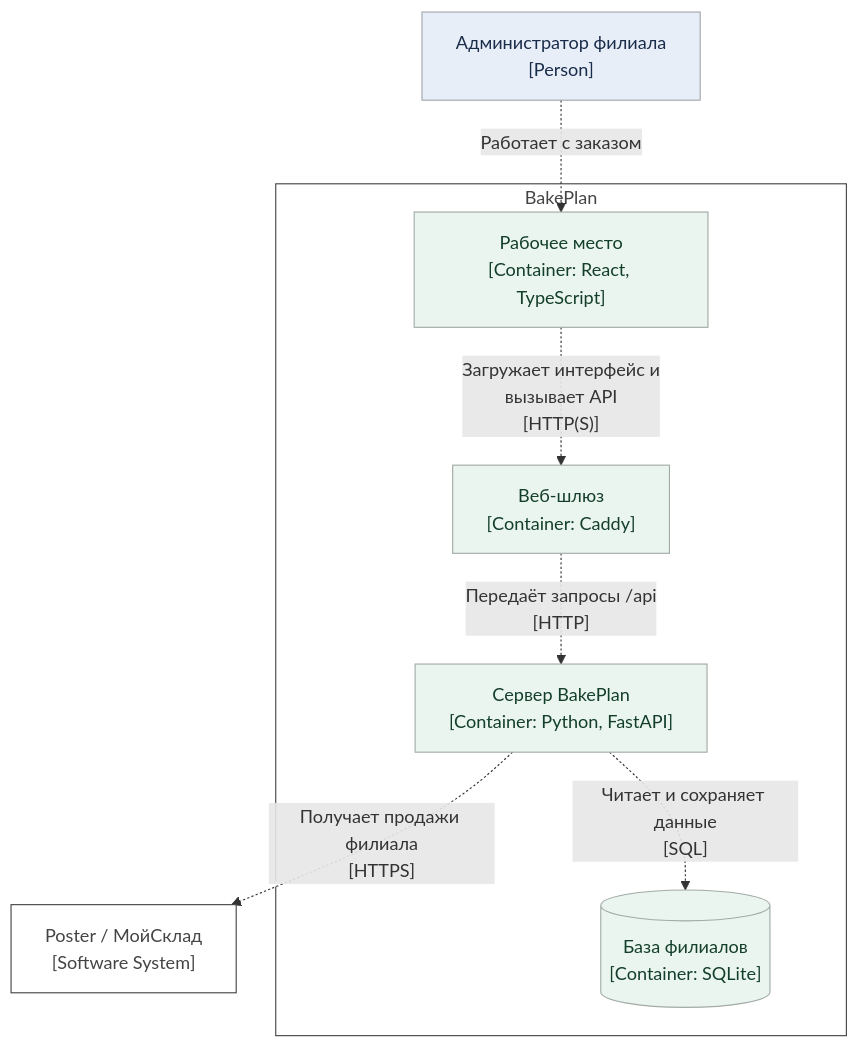
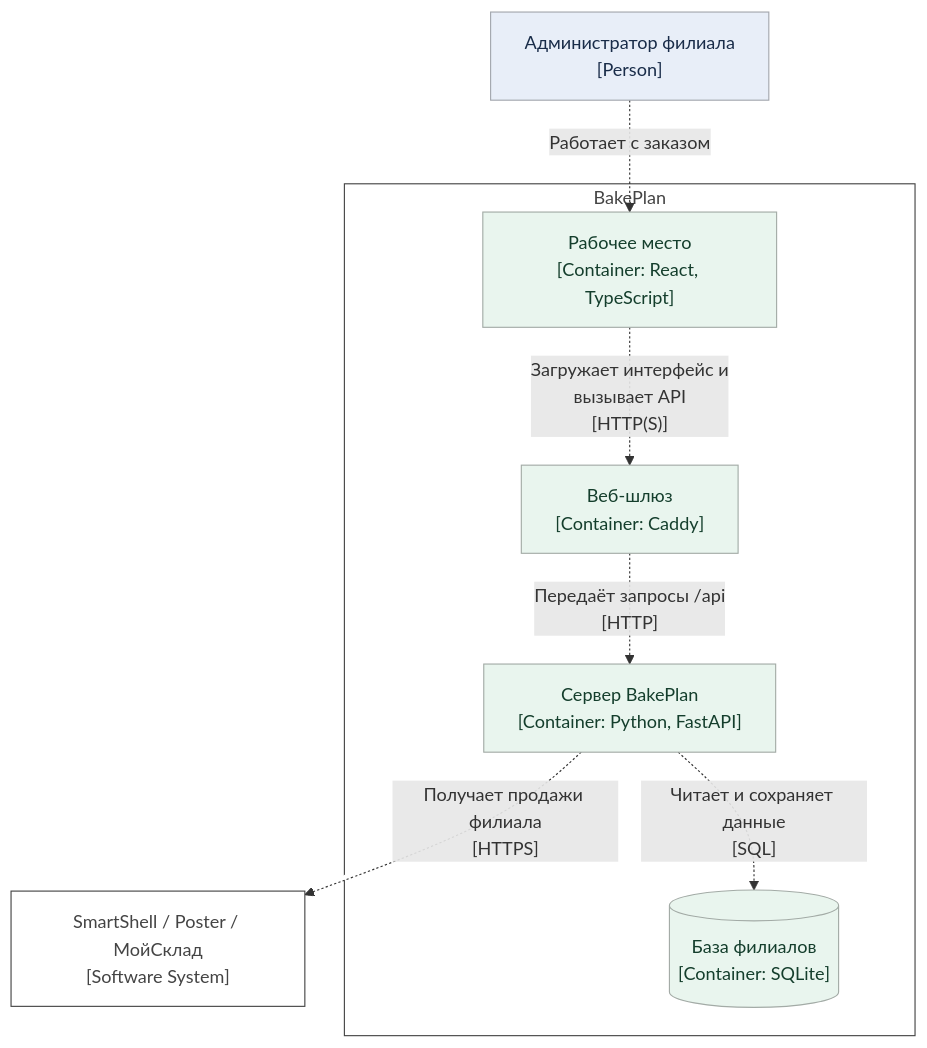
The second of 2 diagrams in docs/architecture/diagrams.md (Nurlan-byte/byte), drawn with Mermaid before and after one commit. The commit also changed other lines of this file and 14 other files, not shown here.

Commit message:
Connect SmartShell club sales to encrypted daily forecasts

````diff
--- a/docs/architecture/diagrams.md
+++ b/docs/architecture/diagrams.md
@@ -36,29 +36,29 @@
 ```mermaid
 graph TB
   linkStyle default fill:#ffffff
 
 
     1["Администратор филиала<br/>[Person]"]
     style 1 fill:#e8eef8,stroke:#a2a6ad,color:#192c49
-    2["Poster / МойСклад<br/>[Software System]"]
+    2["SmartShell / Poster / МойСклад<br/>[Software System]"]
     style 2 fill:#ffffff,stroke:#444444,color:#444444
 
     subgraph 6 ["BakePlan"]
       style 6 fill:#ffffff,stroke:#444444,color:#444444
 
       10[("База филиалов<br/>[Container: SQLite]")]
       style 10 fill:#e9f5ee,stroke:#a3aba6,color:#143e2c
       7["Рабочее место<br/>[Container: React, TypeScript]"]
       style 7 fill:#e9f5ee,stroke:#a3aba6,color:#143e2c
       8["Веб-шлюз<br/>[Container: Caddy]"]
       style 8 fill:#e9f5ee,stroke:#a3aba6,color:#143e2c
       9["Сервер BakePlan<br/>[Container: Python, FastAPI]"]
       style 9 fill:#e9f5ee,stroke:#a3aba6,color:#143e2c
     end
 
     1-. "Работает с заказом" .->7
     7-. "Загружает интерфейс и<br />вызывает API<br/>[HTTP(S)]" .->8
     8-. "Передаёт запросы /api<br/>[HTTP]" .->9
     9-. "Читает и сохраняет данные<br/>[SQL]" .->10
     9-. "Получает продажи филиала<br/>[HTTPS]" .->2
 ```
````
